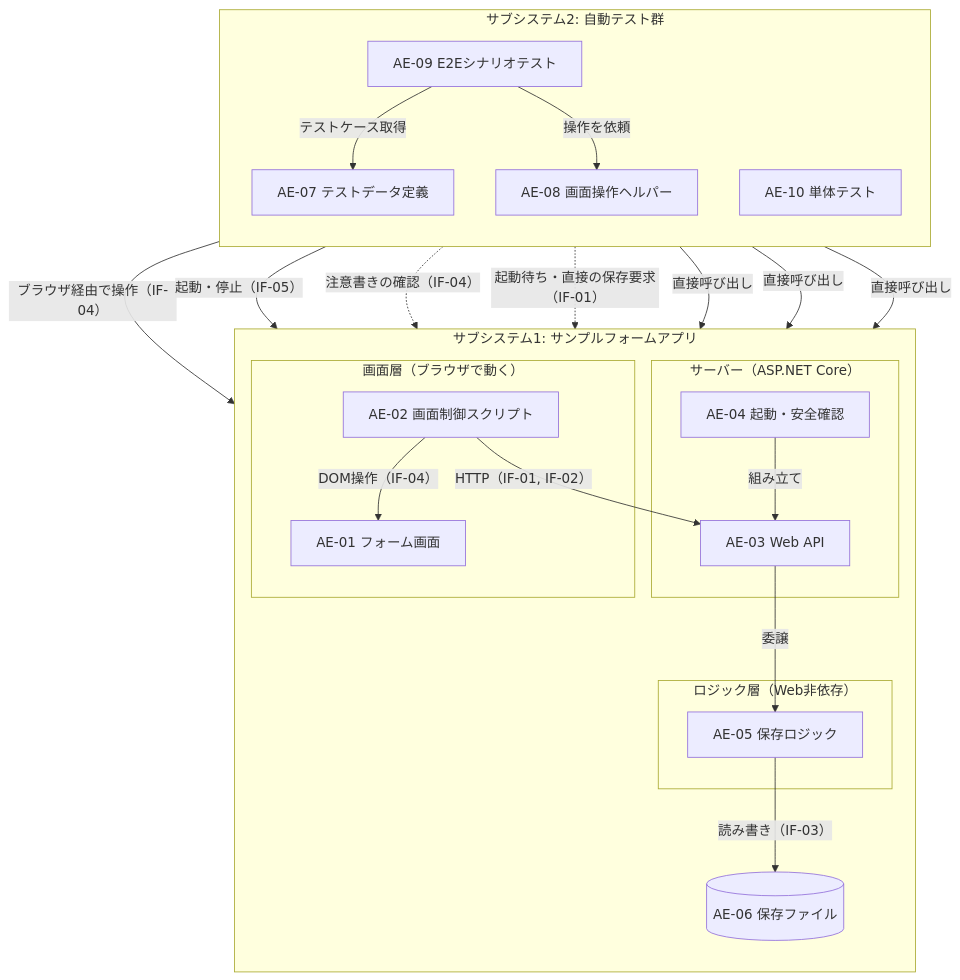
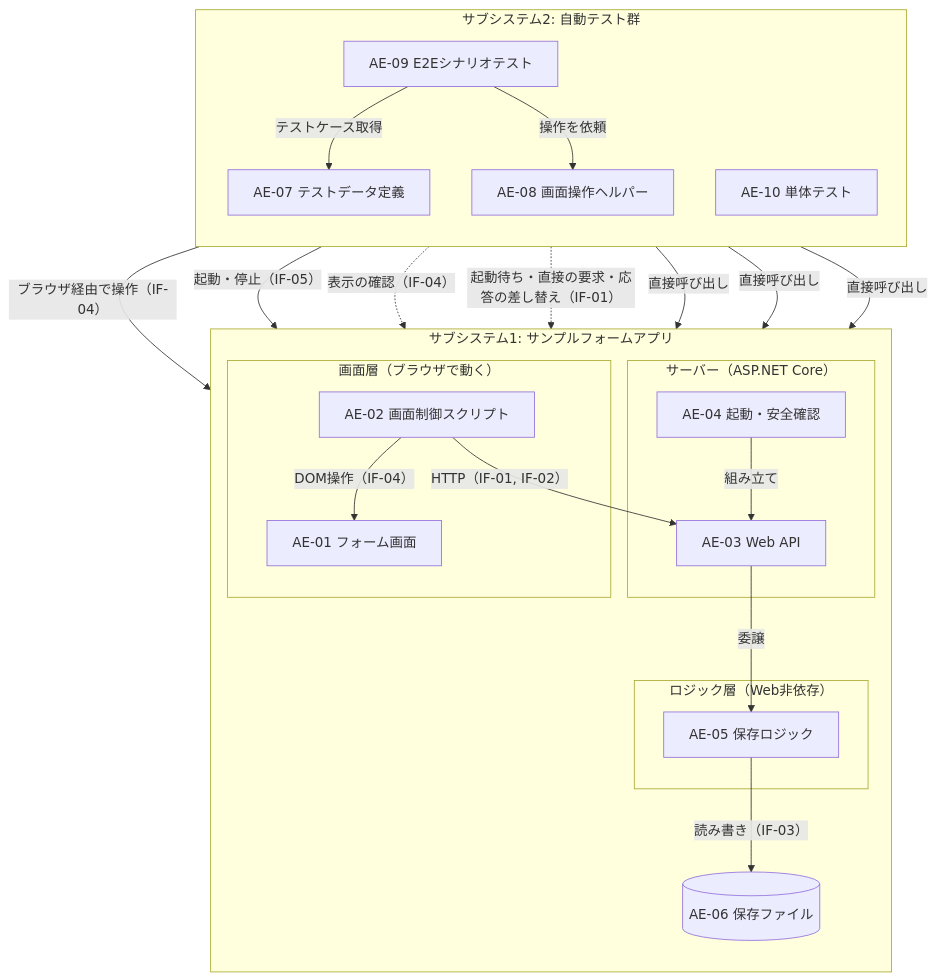
One commit to SanghunIm1991/learn-playwright-dotnet changed the second of 6 diagrams in docs/learning_samples/usdm_system_design/02_system_architecture.md. Above: the diagram before and after it, drawn with Mermaid. The commit also changed other lines of this file and 1 other file, not shown here.

````diff
--- a/docs/learning_samples/usdm_system_design/02_system_architecture.md
+++ b/docs/learning_samples/usdm_system_design/02_system_architecture.md
@@ -80,40 +80,40 @@
 ```mermaid
 flowchart TB
     subgraph SS1["サブシステム1: サンプルフォームアプリ"]
         direction TB
         subgraph FE["画面層（ブラウザで動く）"]
             AE01["AE-01 フォーム画面"]
             AE02["AE-02 画面制御スクリプト"]
         end
         subgraph BE["サーバー（ASP.NET Core）"]
             AE04["AE-04 起動・安全確認"]
             AE03["AE-03 Web API"]
         end
         subgraph LG["ロジック層（Web非依存）"]
             AE05["AE-05 保存ロジック"]
         end
         AE06[("AE-06 保存ファイル")]
     end
     subgraph SS2["サブシステム2: 自動テスト群"]
         direction TB
         AE09["AE-09 E2Eシナリオテスト"]
         AE07["AE-07 テストデータ定義"]
         AE08["AE-08 画面操作ヘルパー"]
         AE10["AE-10 単体テスト"]
     end
 
     AE02 -- "DOM操作（IF-04）" --> AE01
     AE02 -- "HTTP（IF-01, IF-02）" --> AE03
     AE04 -- "組み立て" --> AE03
     AE03 -- "委譲" --> AE05
     AE05 -- "読み書き（IF-03）" --> AE06
     AE09 -- "テストケース取得" --> AE07
     AE09 -- "操作を依頼" --> AE08
     AE08 -- "ブラウザ経由で操作（IF-04）" --> AE01
     AE09 -- "起動・停止（IF-05）" --> AE04
-    AE09 -. "注意書きの確認（IF-04）" .-> AE01
-    AE09 -. "起動待ち・直接の保存要求（IF-01）" .-> AE03
+    AE09 -. "表示の確認（IF-04）" .-> AE01
+    AE09 -. "起動待ち・直接の要求・応答の差し替え（IF-01）" .-> AE03
     AE10 -- "直接呼び出し" --> AE05
     AE10 -- "直接呼び出し" --> AE03
     AE10 -- "直接呼び出し" --> AE04
 ```
````
